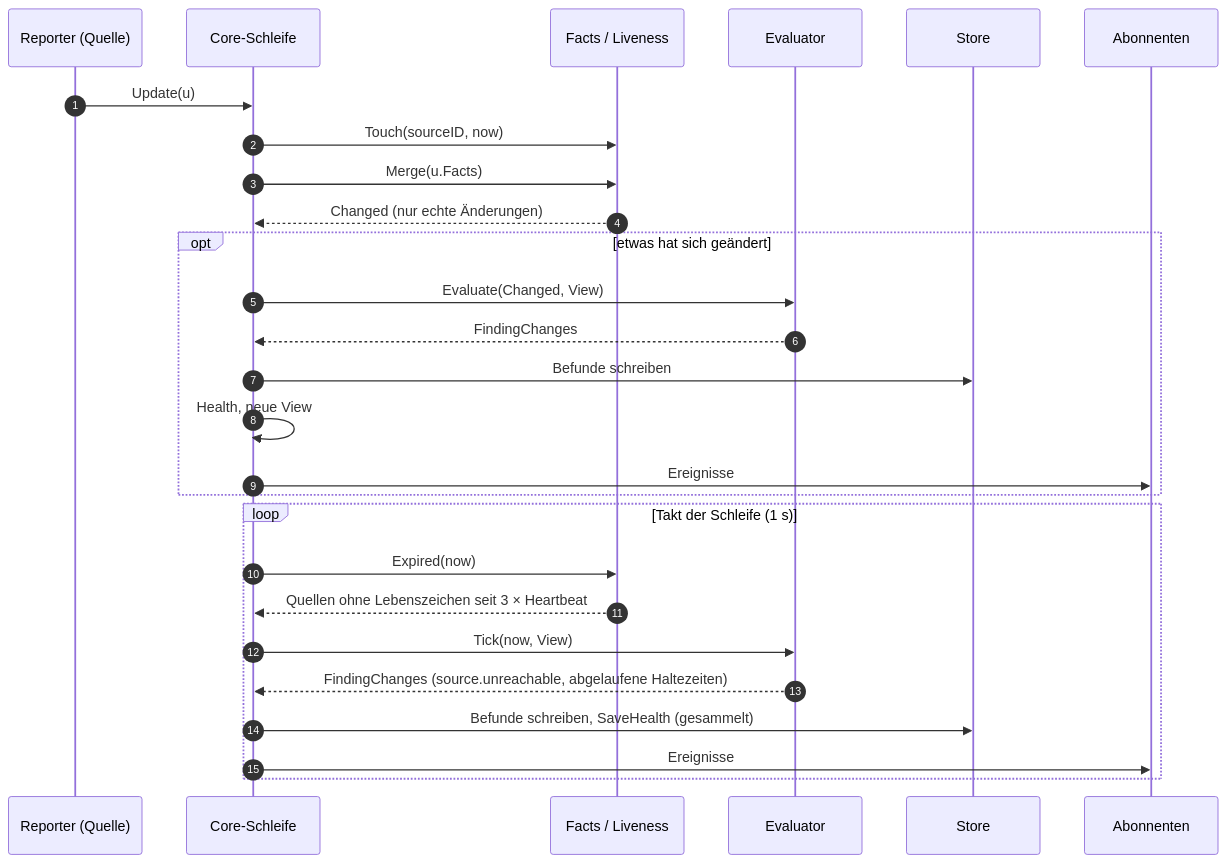
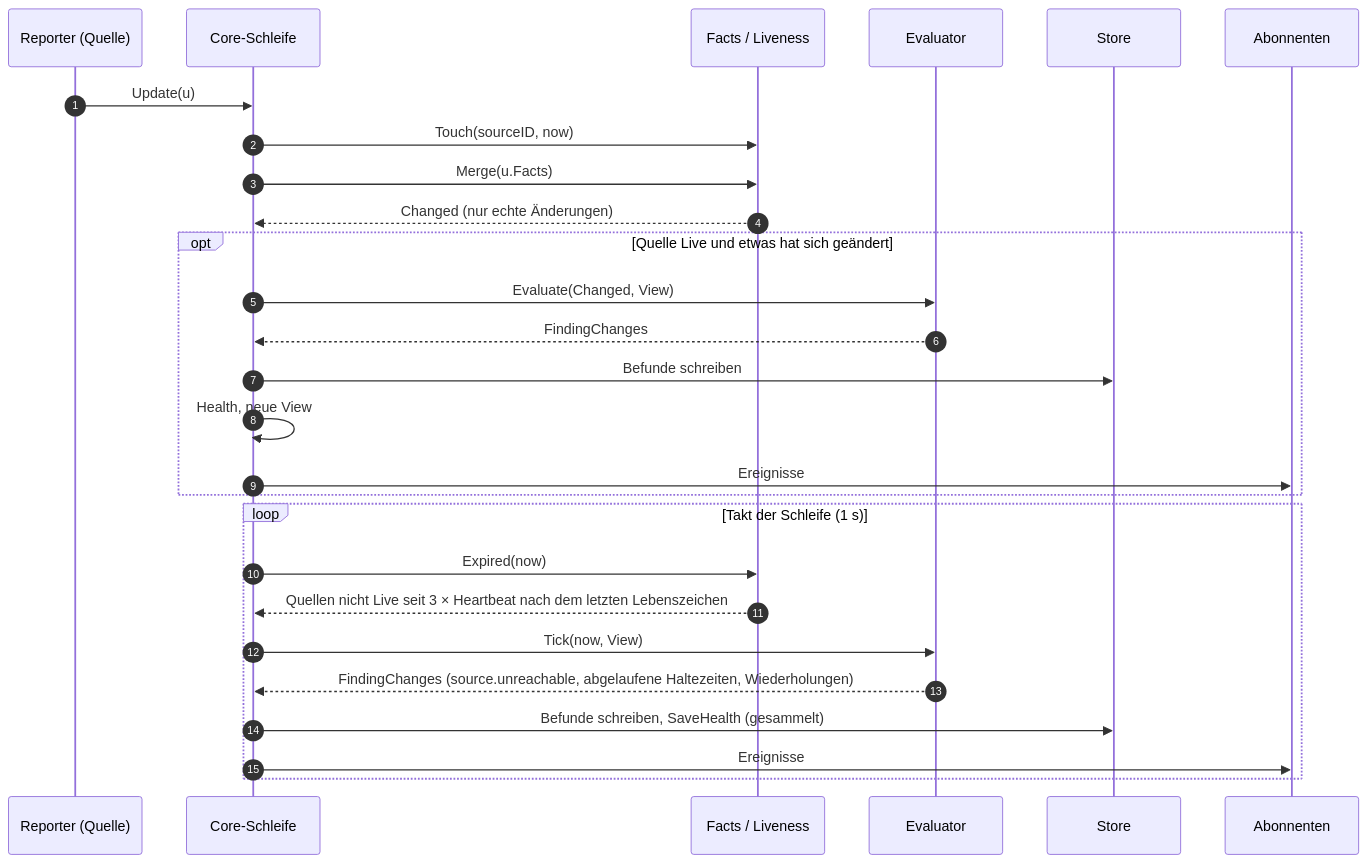
The third of 6 diagrams in docs/contracts/core.md (lukirs95/monika), drawn with Mermaid before and after one commit. The commit also changed other lines of this file and 8 other files, not shown here.

First line of the commit message:
docs: apply architecture audit to contracts, API and status

````diff
--- a/docs/contracts/core.md
+++ b/docs/contracts/core.md
@@ -172,31 +209,31 @@
 ```mermaid
 sequenceDiagram
     autonumber
     participant R as Reporter (Quelle)
     participant L as Core-Schleife
     participant F as Facts / Liveness
     participant E as Evaluator
     participant S as Store
     participant B as Abonnenten
 
     R->>L: Update(u)
     L->>F: Touch(sourceID, now)
     L->>F: Merge(u.Facts)
     F-->>L: Changed (nur echte Änderungen)
-    opt etwas hat sich geändert
+    opt Quelle Live und etwas hat sich geändert
         L->>E: Evaluate(Changed, View)
         E-->>L: FindingChanges
         L->>S: Befunde schreiben
         L->>L: Health, neue View
         L->>B: Ereignisse
     end
 
     loop Takt der Schleife (1 s)
         L->>F: Expired(now)
-        F-->>L: Quellen ohne Lebenszeichen seit 3 × Heartbeat
+        F-->>L: Quellen nicht Live seit 3 × Heartbeat nach dem letzten Lebenszeichen
         L->>E: Tick(now, View)
-        E-->>L: FindingChanges (source.unreachable, abgelaufene Haltezeiten)
+        E-->>L: FindingChanges (source.unreachable, abgelaufene Haltezeiten, Wiederholungen)
         L->>S: Befunde schreiben, SaveHealth (gesammelt)
         L->>B: Ereignisse
     end
 ```
````
